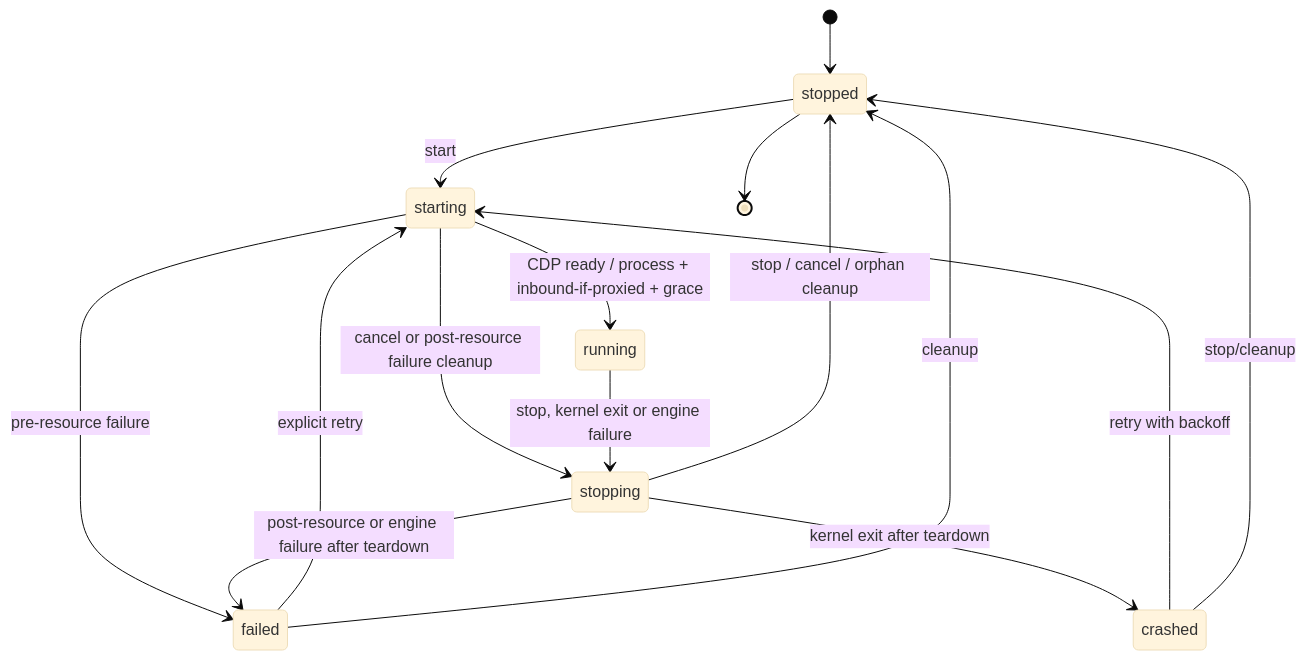
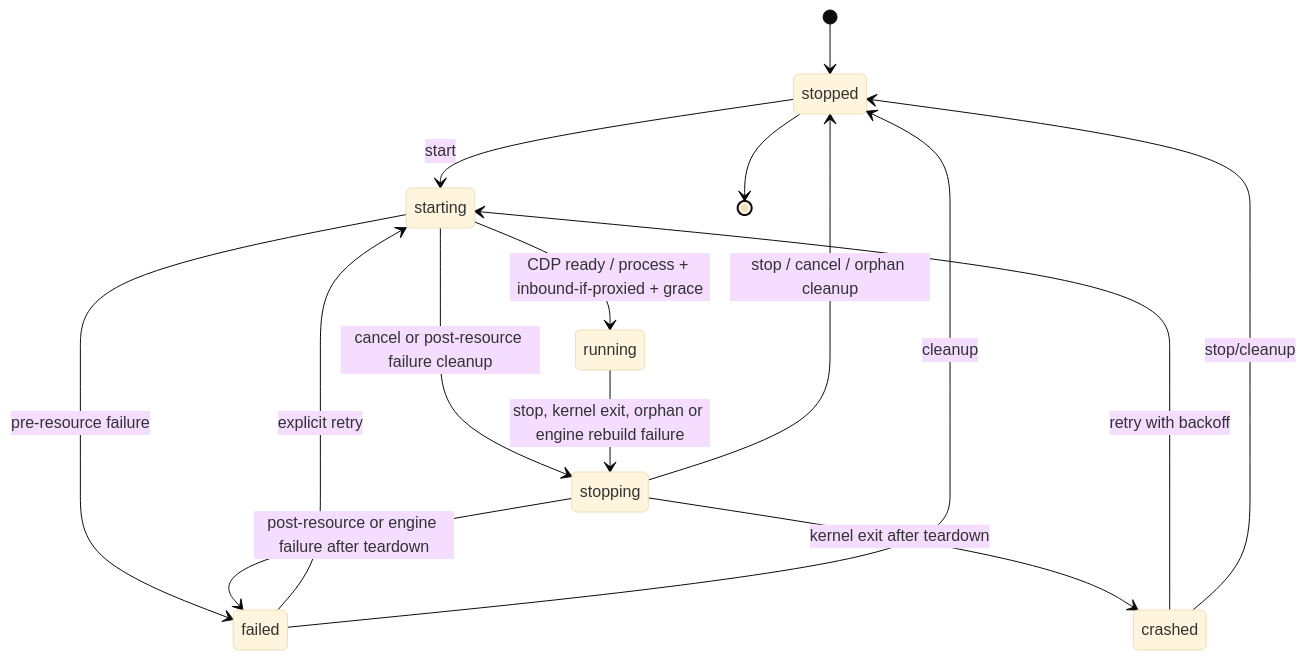
One commit to IvanLi-CN/mien changed the fourth of 8 diagrams in docs/ARCHITECTURE.md. Above: the diagram before and after it, drawn with Mermaid (base theme). The commit also changed other lines of this file and 41 other files, not shown here.

````diff
--- a/docs/ARCHITECTURE.md
+++ b/docs/ARCHITECTURE.md
@@ -200,17 +200,17 @@
 ```mermaid
 stateDiagram-v2
   [*] --> stopped
   stopped --> starting: start
   starting --> running: CDP ready / process + inbound-if-proxied + grace
   starting --> stopping: cancel or post-resource failure cleanup
   starting --> failed: pre-resource failure
-  running --> stopping: stop, kernel exit or engine failure
+  running --> stopping: stop, kernel exit, orphan or engine rebuild failure
   stopping --> stopped: stop / cancel / orphan cleanup
   stopping --> failed: post-resource or engine failure after teardown
   stopping --> crashed: kernel exit after teardown
   crashed --> starting: retry with backoff
   crashed --> stopped: stop/cleanup
   failed --> starting: explicit retry
   failed --> stopped: cleanup
   stopped --> [*]
 ```
````
